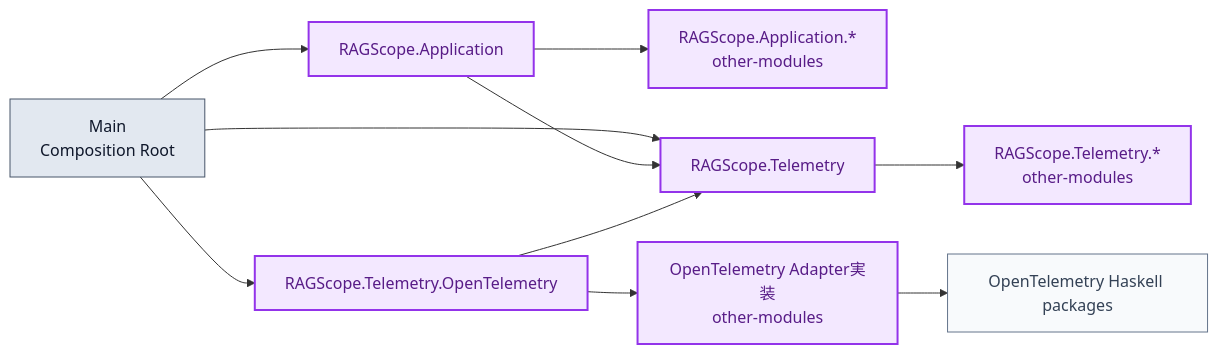
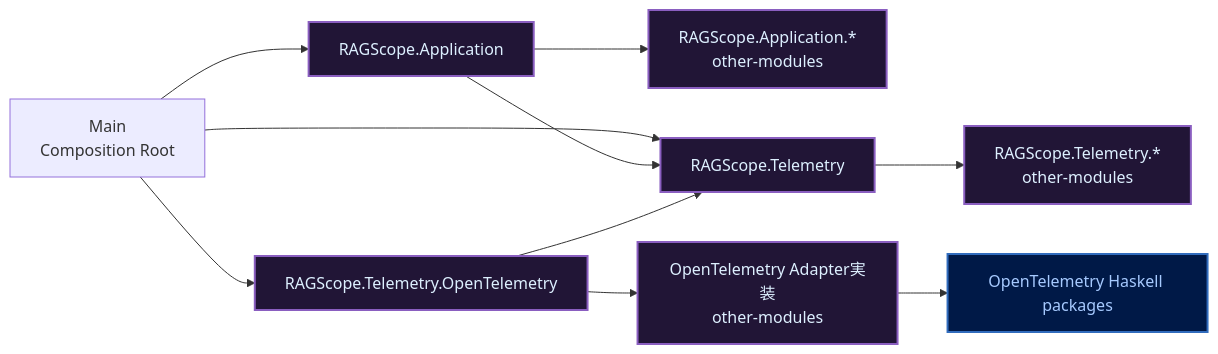
One commit to takashit16833/Workbench changed the second of 2 diagrams in Notes/RAGScope/RAGScopeアプリケーション/RS-0024 Haskellライブラリ・モジュールマップ.md. Above: the diagram before and after it, drawn with Mermaid. The commit also changed other lines of this file, not shown here.

Commit message:
notes: align RS-0024 Mermaid colors

````diff
--- a/Notes/RAGScope/RAGScopeアプリケーション/RS-0024 Haskellライブラリ・モジュールマップ.md
+++ b/Notes/RAGScope/RAGScopeアプリケーション/RS-0024 Haskellライブラリ・モジュールマップ.md
@@ -76,31 +78,31 @@
 ```mermaid
 flowchart LR
-    MAIN["Main<br/>Composition Root"]:::runtime
+    MAIN["Main<br/>Composition Root"]
 
     APP["RAGScope.Application"]:::private
     APPIMPL["RAGScope.Application.*<br/>other-modules"]:::private
 
     TEL["RAGScope.Telemetry"]:::private
     TELIMPL["RAGScope.Telemetry.*<br/>other-modules"]:::private
 
     OTEL["RAGScope.Telemetry.OpenTelemetry"]:::private
     OTELIMPL["OpenTelemetry Adapter実装<br/>other-modules"]:::private
 
     SDK["OpenTelemetry Haskell packages"]:::external
 
     MAIN --> APP
     MAIN --> TEL
     MAIN --> OTEL
 
     APP --> APPIMPL
     APP --> TEL
     TEL --> TELIMPL
 
     OTEL --> OTELIMPL
     OTEL --> TEL
     OTELIMPL --> SDK
 
-    classDef private fill:#f3e8ff,stroke:#9333ea,color:#581c87,stroke-width:2px;
-    classDef external fill:#f8fafc,stroke:#64748b,color:#334155,stroke-width:1px;
-    classDef runtime fill:#e2e8f0,stroke:#475569,color:#0f172a,stroke-width:1px;
+    classDef public fill:#052A59,stroke:#5EAFFF,color:#DDF0FF,stroke-width:2px
+    classDef private fill:#211536,stroke:#8A5EC0,color:#DDF0FF,stroke-width:2px
+    classDef external fill:#001947,stroke:#316CBD,color:#A6CAFF,stroke-width:2px
 ```
````
